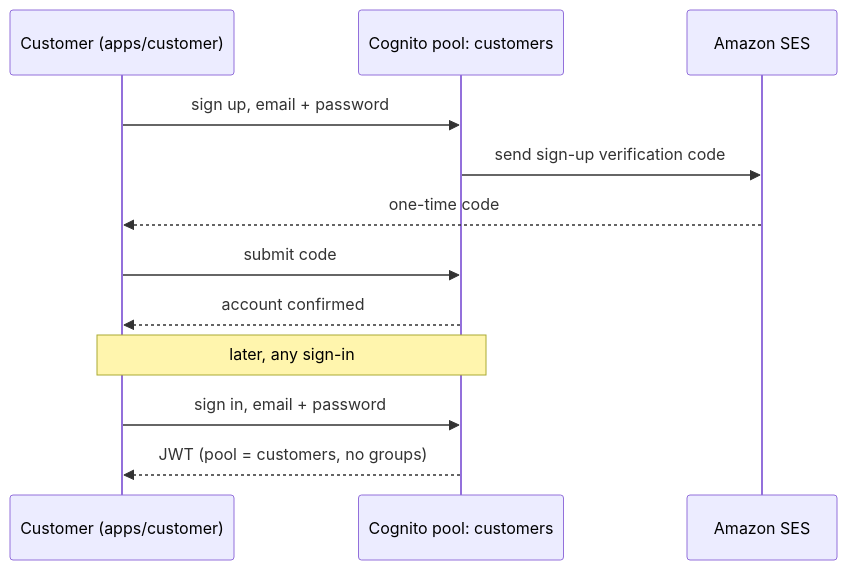
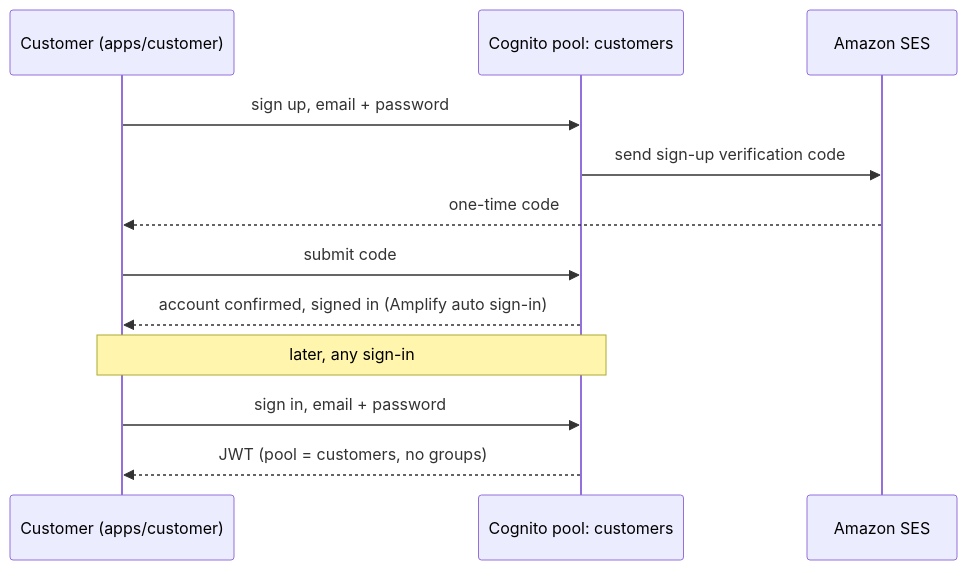
The second of 3 diagrams in docs/modules/identity/flows.md (Team-ACGS/factored-hackathon-2026-acgs), drawn with Mermaid before and after one commit. The commit also changed other lines of this file and 16 other files, not shown here.

````diff
--- a/docs/modules/identity/flows.md
+++ b/docs/modules/identity/flows.md
@@ -25,14 +24,14 @@
 ```mermaid
 sequenceDiagram
   participant C as Customer (apps/customer)
   participant CUP as Cognito pool: customers
   participant SES as Amazon SES
   C->>CUP: sign up, email + password
   CUP->>SES: send sign-up verification code
   SES-->>C: one-time code
   C->>CUP: submit code
-  CUP-->>C: account confirmed
+  CUP-->>C: account confirmed, signed in (Amplify auto sign-in)
   Note over C,CUP: later, any sign-in
   C->>CUP: sign in, email + password
   CUP-->>C: JWT (pool = customers, no groups)
 ```
````
